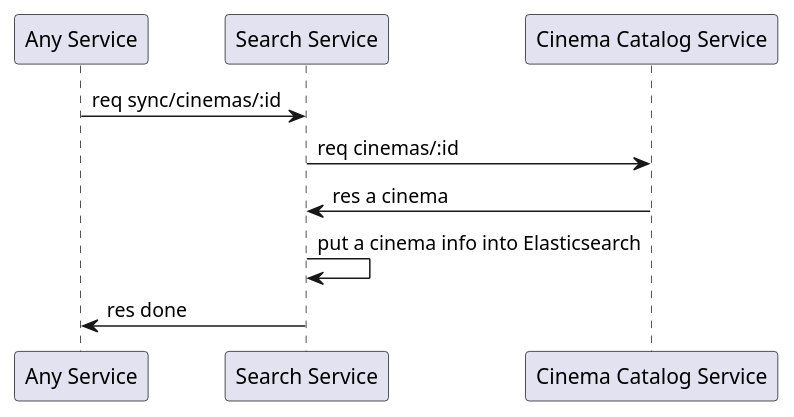
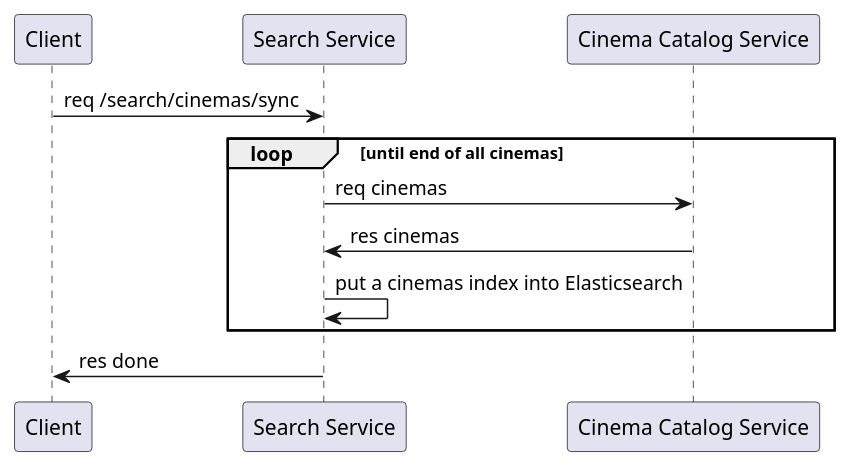
Before and after one commit to DaisukeHirata/express-typescript-openapi3: the fourth of 4 diagrams in search-service/Readme.md, drawn with PlantUML. The commit also changed other lines of this file, not shown here.

Commit message:
update search document

````diff
--- a/search-service/Readme.md
+++ b/search-service/Readme.md
@@ -35,11 +105,15 @@
 ```uml
 @startuml
 
-"Any Service" -> "Search Service": req sync/cinemas/:id
-"Cinema Catalog Service" <- "Search Service": req cinemas/:id
-"Cinema Catalog Service" -> "Search Service": res a cinema
-"Search Service" -> "Search Service": put a cinema info into Elasticsearch
-"Any Service" <- "Search Service": res done
+"Client" -> "Search Service": req /search/cinemas/sync
+
+loop until end of all cinemas
+  "Cinema Catalog Service" <- "Search Service": req cinemas
+  "Cinema Catalog Service" -> "Search Service": res cinemas
+  "Search Service" -> "Search Service": put a cinemas index into Elasticsearch
+end
+
+"Client" <- "Search Service": res done
 
 @enduml
 ```
````
